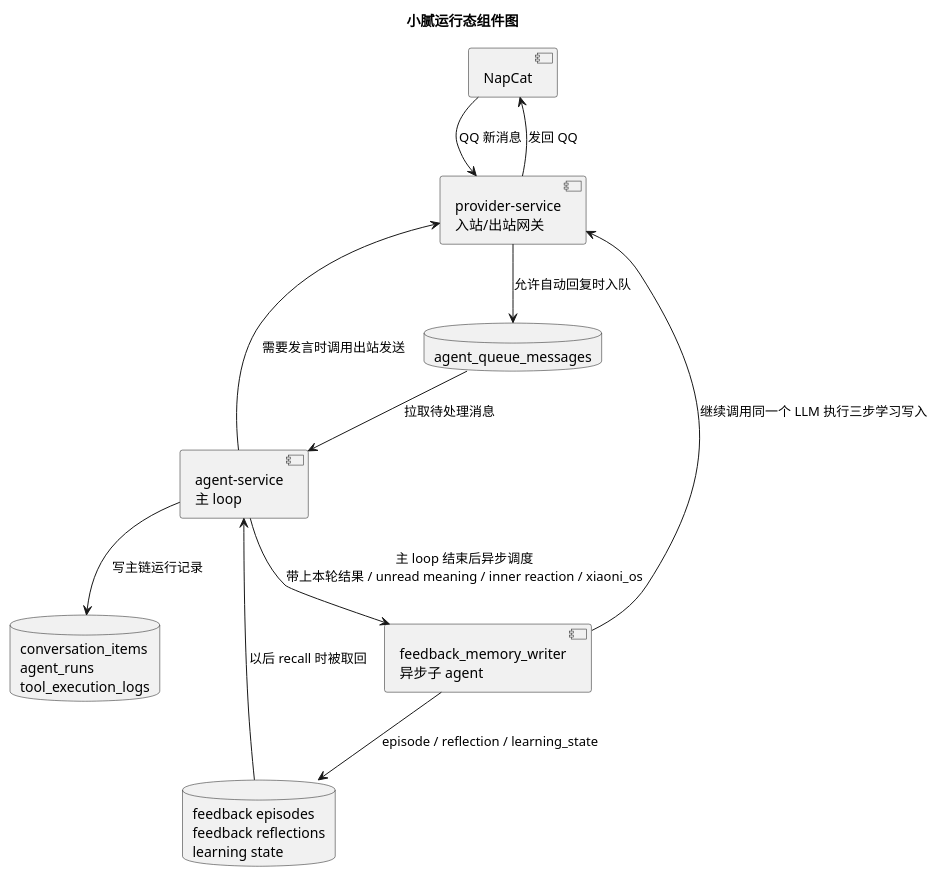
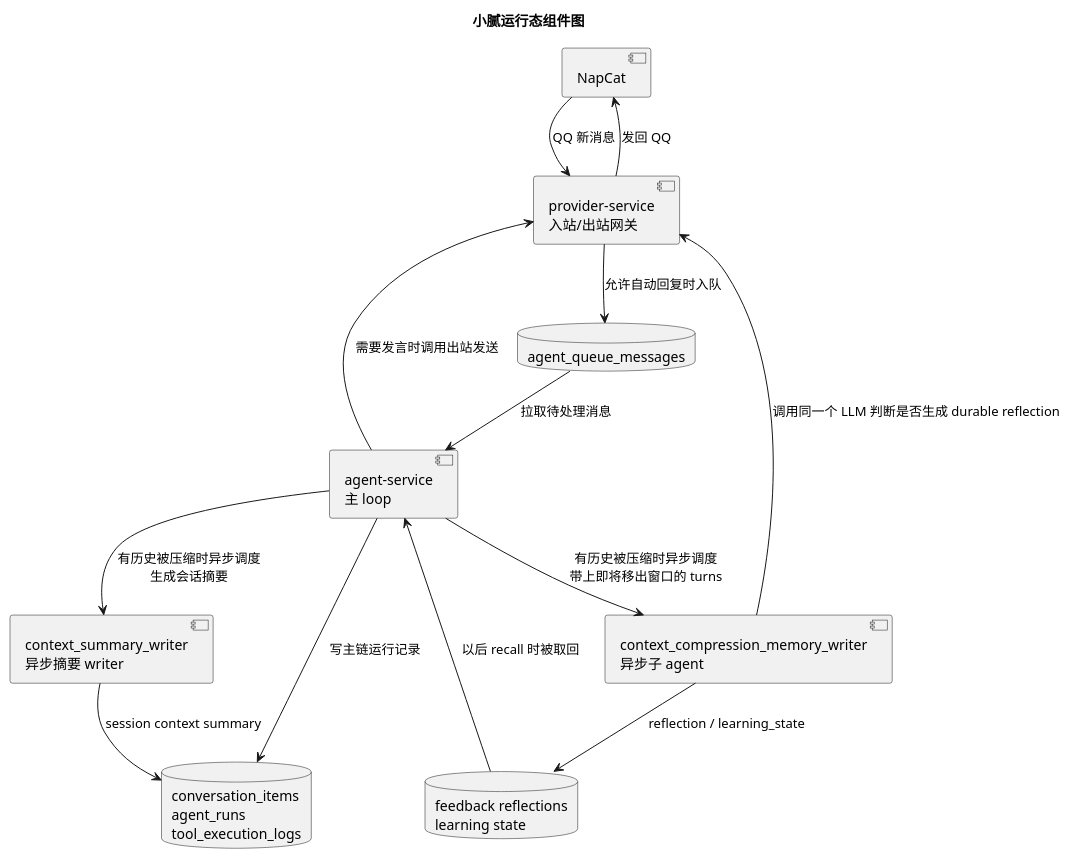
One commit to Hei-AI/xiaoni_cc changed the second of 2 diagrams in docs/AGENTS_AGENT_LOOP_RUNTIME.md. Above: the diagram before and after it, drawn with PlantUML. The commit also changed other lines of this file and 3 other files, not shown here.

Commit message:
fix(agent): attribute compression feedback evidence

````diff
--- a/docs/AGENTS_AGENT_LOOP_RUNTIME.md
+++ b/docs/AGENTS_AGENT_LOOP_RUNTIME.md
@@ -779,25 +785,28 @@
 ```plantuml
 @startuml
 title 小腻运行态组件图
 
 component "NapCat" as napcat
 component "provider-service\n入站/出站网关" as provider
 component "agent-service\n主 loop" as agent
 database "agent_queue_messages" as queue
 database "conversation_items\nagent_runs\ntool_execution_logs" as runtime_db
-database "feedback episodes\nfeedback reflections\nlearning state" as learning_db
-component "feedback_memory_writer\n异步子 agent" as subagent
+database "feedback reflections\nlearning state" as learning_db
+component "context_compression_memory_writer\n异步子 agent" as subagent
+component "context_summary_writer\n异步摘要 writer" as summary
 
 napcat --> provider : QQ 新消息
 provider --> queue : 允许自动回复时入队
 queue --> agent : 拉取待处理消息
 agent --> runtime_db : 写主链运行记录
 agent --> provider : 需要发言时调用出站发送
 provider --> napcat : 发回 QQ
 
-agent --> subagent : 主 loop 结束后异步调度\n带上本轮结果 / unread meaning / inner reaction / xiaoni_os
-subagent --> provider : 继续调用同一个 LLM 执行三步学习写入
-subagent --> learning_db : episode / reflection / learning_state
+agent --> subagent : 有历史被压缩时异步调度\n带上即将移出窗口的 turns
+subagent --> provider : 调用同一个 LLM 判断是否生成 durable reflection
+subagent --> learning_db : reflection / learning_state
+agent --> summary : 有历史被压缩时异步调度\n生成会话摘要
+summary --> runtime_db : session context summary
 learning_db --> agent : 以后 recall 时被取回
 @enduml
 ```
````
